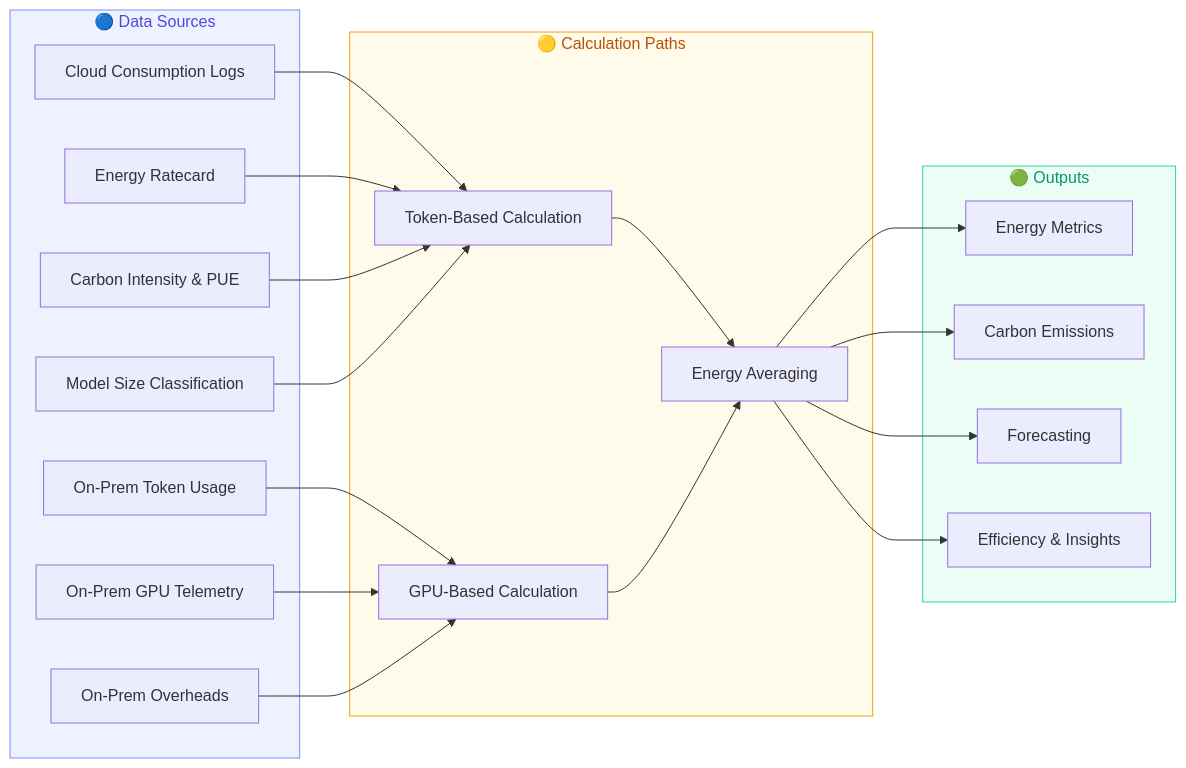
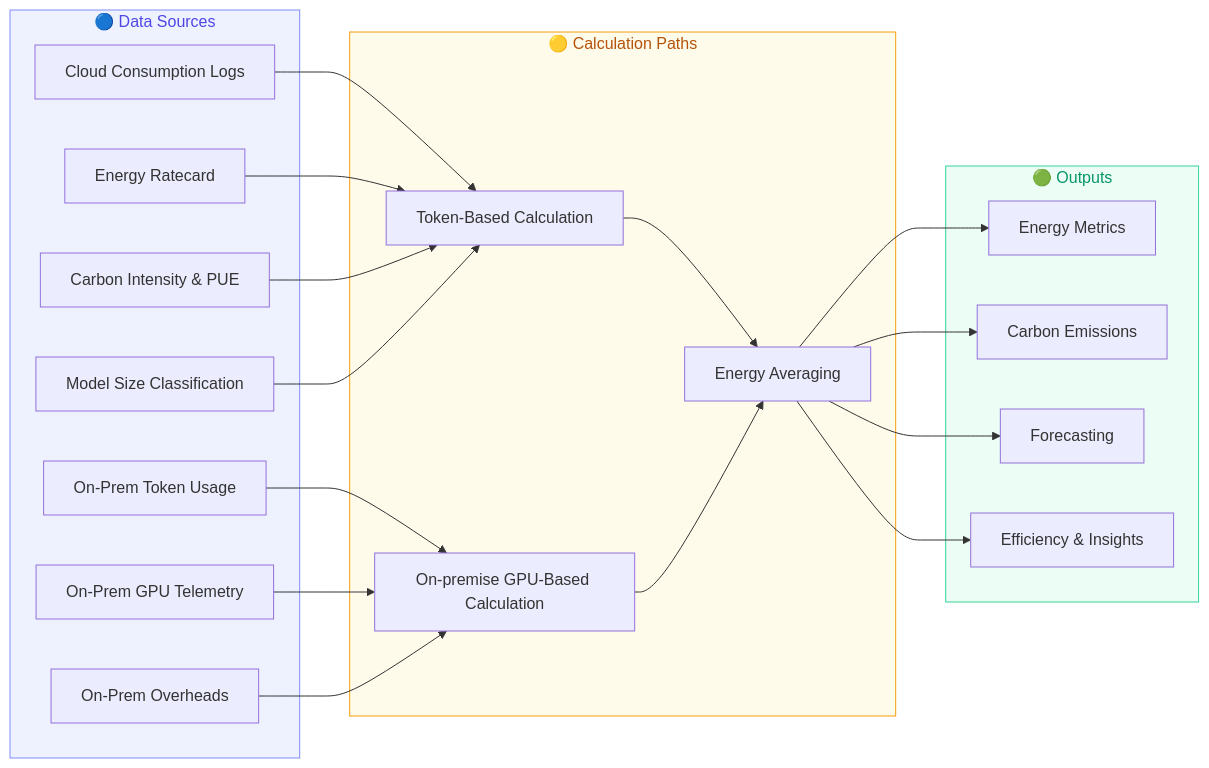
One commit to parambhatia2004/AI-Energy-Measurement changed the first of 3 diagrams in ai-energy-methodology.md. Above: the diagram before and after it, drawn with Mermaid.

Commit message:
Update GPU calculation description in methodology

````diff
--- a/ai-energy-methodology.md
+++ b/ai-energy-methodology.md
@@ -19,43 +19,43 @@
 ```mermaid
 flowchart LR
     subgraph sources ["🔵 Data Sources"]
         A[Cloud Consumption Logs]
         B[Energy Ratecard]
         C[Carbon Intensity & PUE]
         D[Model Size Classification]
         E[On-Prem Token Usage]
         F[On-Prem GPU Telemetry]
         G[On-Prem Overheads]
     end
 
     subgraph calc ["🟡 Calculation Paths"]
         H[Token-Based Calculation]
-        I[GPU-Based Calculation]
+        I[On-premise GPU-Based Calculation]
         J[Energy Averaging]
     end
 
     subgraph outputs ["🟢 Outputs"]
         K[Energy Metrics]
         L[Carbon Emissions]
         M[Forecasting]
         N[Efficiency & Insights]
     end
 
     A --> H
     B --> H
     C --> H
     D --> H
     E --> I
     F --> I
     G --> I
     H --> J
     I --> J
     J --> K
     J --> L
     J --> M
     J --> N
 
     style sources fill:#EEF2FF,stroke:#818CF8,color:#4F46E5
     style calc fill:#FFFBEB,stroke:#F59E0B,color:#B45309
     style outputs fill:#ECFDF5,stroke:#34D399,color:#059669
 ```
````
